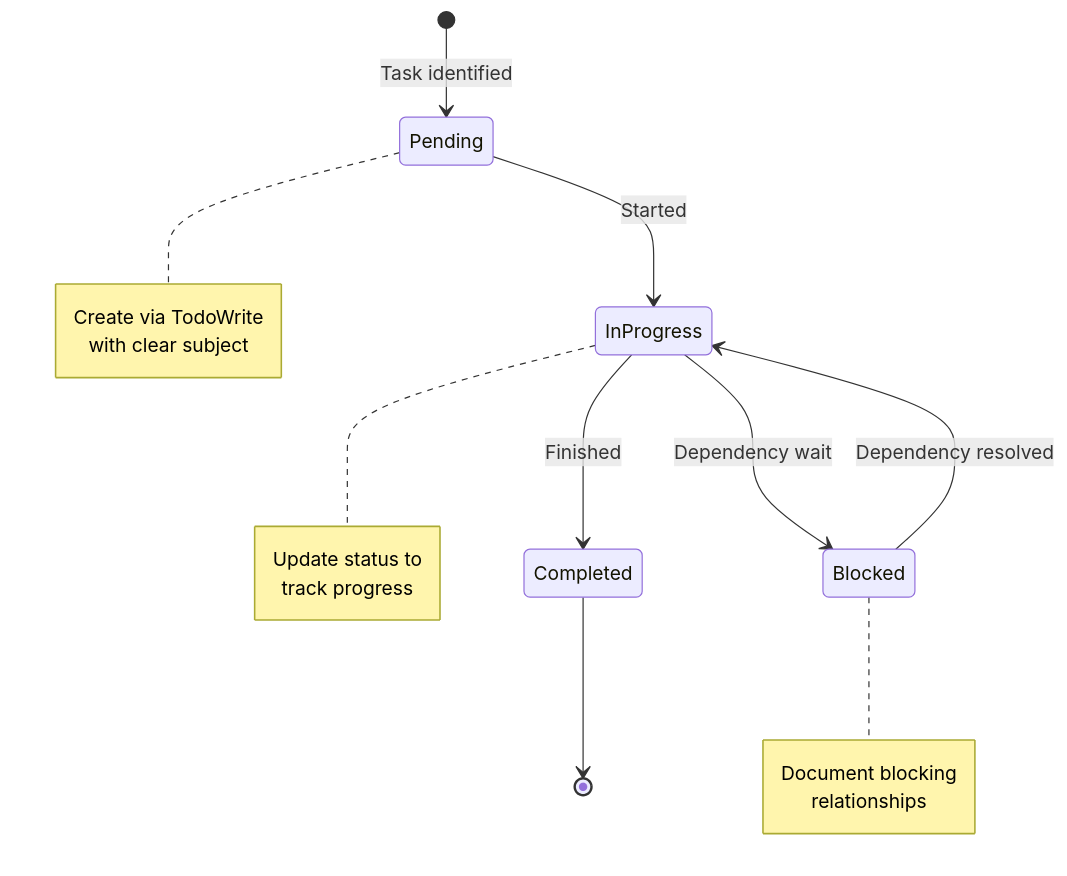
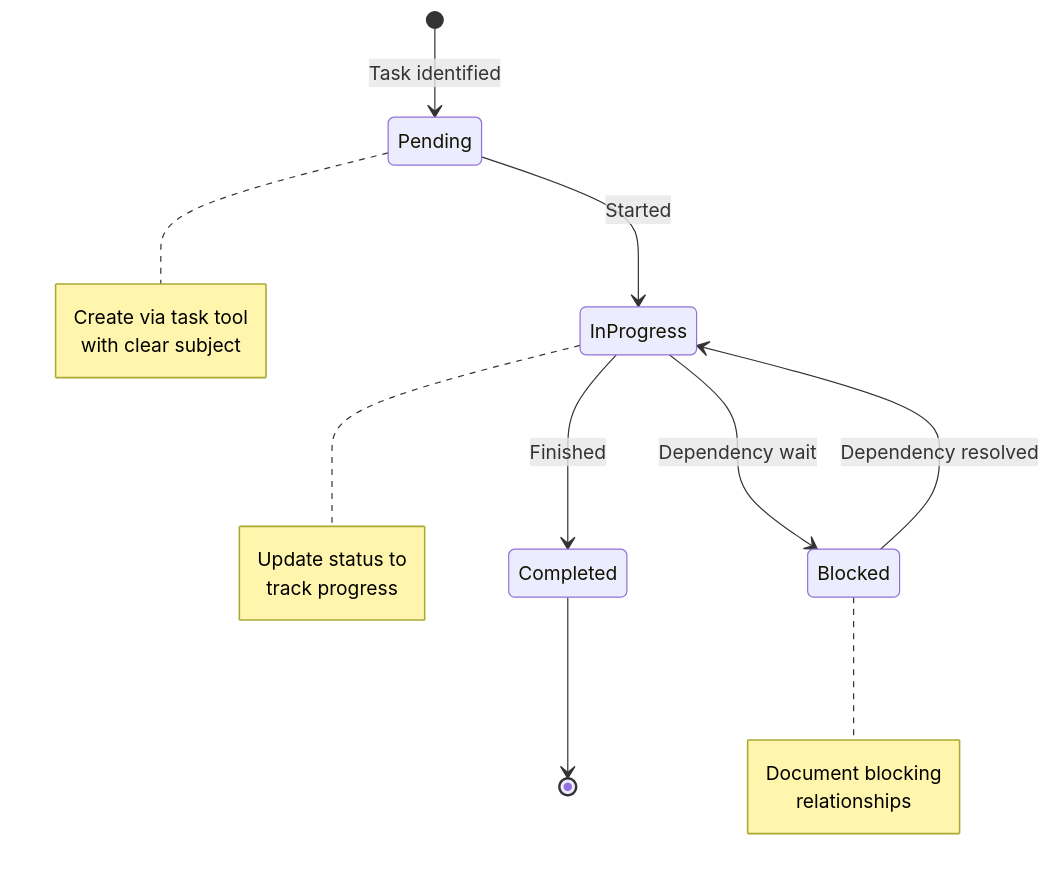
The diagram in patterns/working-memory-via-todos.md (nibzard/awesome-agentic-patterns), drawn with Mermaid before and after one commit. The commit also changed other lines of this file and 35 other files, not shown here.

````diff
--- a/patterns/working-memory-via-todos.md
+++ b/patterns/working-memory-via-todos.md
@@ -54,24 +56,24 @@
 ```mermaid
 stateDiagram-v2
     [*] --> Pending: Task identified
     Pending --> InProgress: Started
     InProgress --> Completed: Finished
     InProgress --> Blocked: Dependency wait
     Blocked --> InProgress: Dependency resolved
     Completed --> [*]
 
     note right of Pending
-        Create via TodoWrite
+        Create via task tool
         with clear subject
     end note
 
     note right of InProgress
         Update status to
         track progress
     end note
 
     note right of Blocked
         Document blocking
         relationships
     end note
 ```
````
